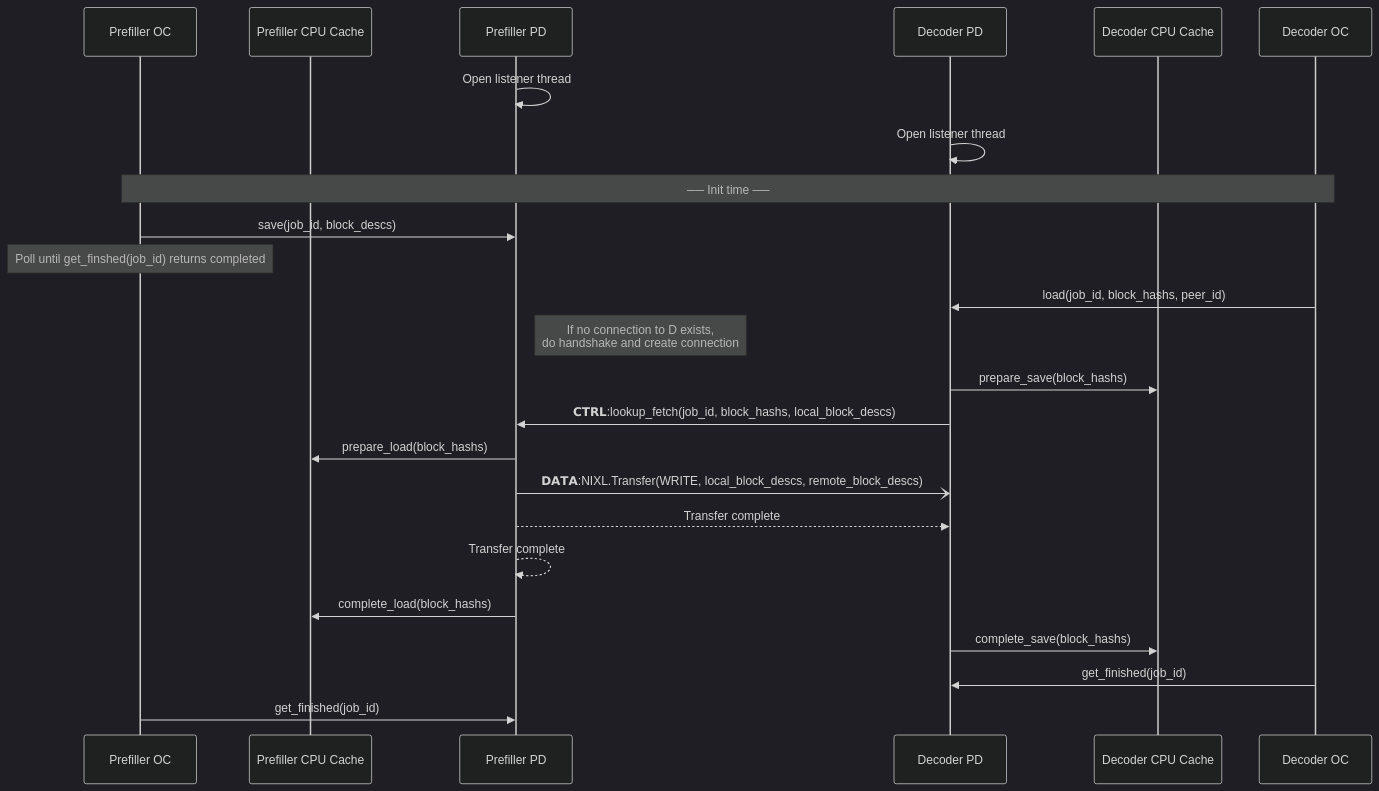
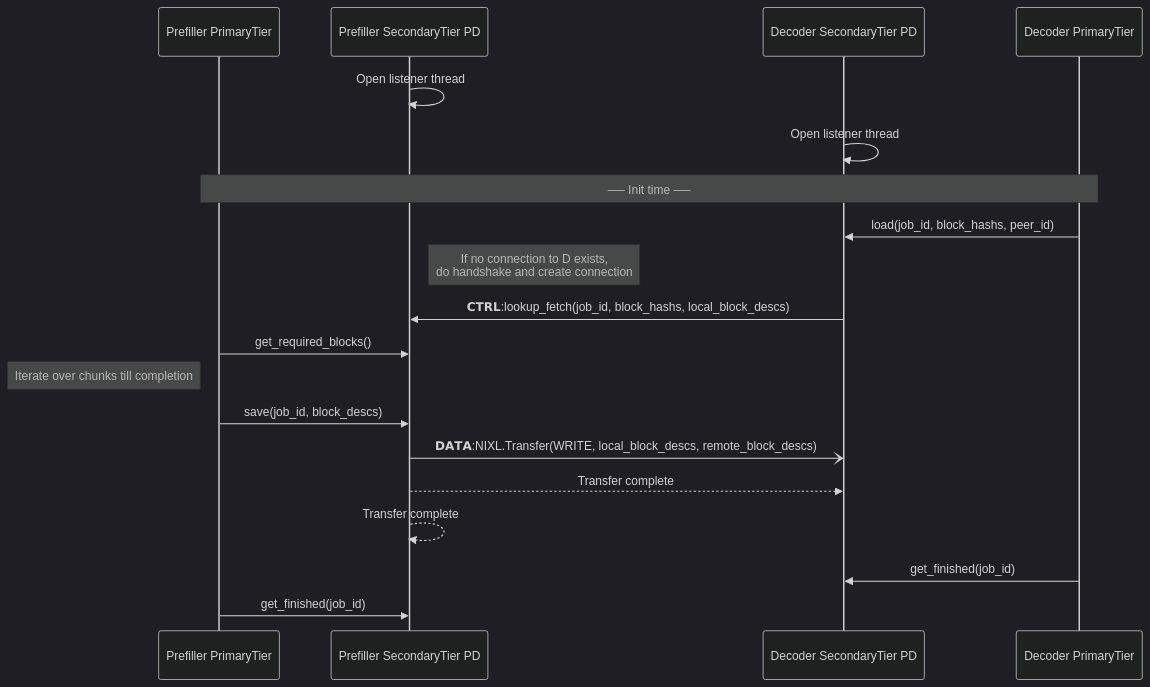
The second of 2 diagrams in pd-connector/docs/PD-Connector.md (liranschour/my-utils), drawn with Mermaid (dark theme) before and after one commit. The commit also changed other lines of this file and 4 other files, not shown here.

````diff
--- a/pd-connector/docs/PD-Connector.md
+++ b/pd-connector/docs/PD-Connector.md
@@ -67,39 +69,30 @@
 ```mermaid
 sequenceDiagram
-    participant Prefiller_OC as Prefiller OC
-    participant Prefiller_CPU_Cache as Prefiller CPU Cache
-    participant Prefiller_PD as Prefiller PD
-    participant Decoder_PD as Decoder PD
-    participant Decoder_CPU_Cache as Decoder CPU Cache
-    participant Decoder_OC as Decoder OC
+    participant Prefiller_OC as Prefiller PrimaryTier
+    participant Prefiller_PD as Prefiller SecondaryTier PD
+    participant Decoder_PD as Decoder SecondaryTier PD
+    participant Decoder_OC as Decoder PrimaryTier
 
     Prefiller_PD->>Prefiller_PD: Open listener thread
     Decoder_PD->>Decoder_PD: Open listener thread
 
     Note over Prefiller_OC,Decoder_OC: ── Init time ──
 
-    Prefiller_OC->>Prefiller_PD: save(job_id, block_descs)
-
-    Note over Prefiller_OC: Poll until get_finshed(job_id) returns completed
-
     Decoder_OC->>Decoder_PD: load(job_id, block_hashs, peer_id)
     Note right of Prefiller_PD: If no connection to D exists,<br/>do handshake and create connection
 
-    Decoder_PD->>Decoder_CPU_Cache: prepare_save(block_hashs)
-
     Decoder_PD->>Prefiller_PD: 𝗖𝗧𝗥𝗟:lookup_fetch(job_id, block_hashs, local_block_descs)
 
-    Prefiller_PD->>Prefiller_CPU_Cache: prepare_load(block_hashs)
+    Prefiller_OC->>Prefiller_PD: get_required_blocks()
+    Note left of Prefiller_OC: Iterate over chunks till completion
+    Prefiller_OC->>Prefiller_PD: save(job_id, block_descs)
 
     Prefiller_PD-)Decoder_PD: 𝗗𝗔𝗧𝗔:NIXL.Transfer(WRITE, local_block_descs, remote_block_descs)
 
     Prefiller_PD-->>Decoder_PD: Transfer complete
     Prefiller_PD-->>Prefiller_PD: Transfer complete
-    Prefiller_PD->>Prefiller_CPU_Cache: complete_load(block_hashs)
-    Decoder_PD->>Decoder_CPU_Cache: complete_save(block_hashs)
-
 
     Decoder_OC->>Decoder_PD: get_finished(job_id)
     Prefiller_OC->>Prefiller_PD: get_finished(job_id)
 
 ```
````
